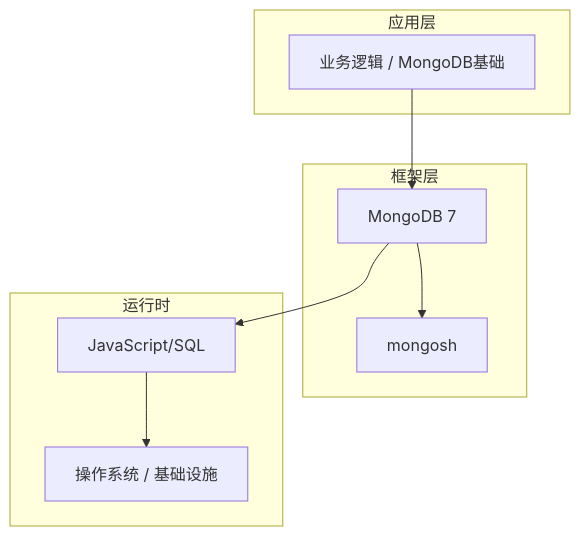
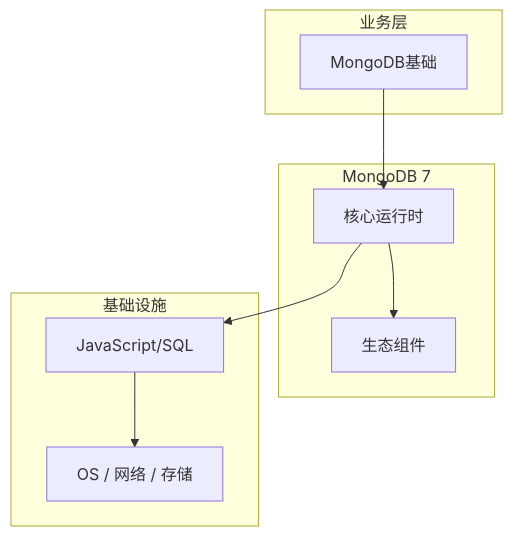
The diagram in articles/MongoDB/chapters/001-MongoDB基础核心概念与原理.md (yanggan2015/knowledge-json-v2), drawn with Mermaid before and after one commit. The commit also changed other lines of this file and 10127 other files, not shown here.

````diff
--- a/articles/MongoDB/chapters/001-MongoDB基础核心概念与原理.md
+++ b/articles/MongoDB/chapters/001-MongoDB基础核心概念与原理.md
@@ -45,18 +34,18 @@
 ```mermaid
 graph TB
-    subgraph 应用层
-        A[业务逻辑 / MongoDB基础]
+    subgraph 业务层
+        A[MongoDB基础]
     end
-    subgraph 框架层
-        B[MongoDB 7]
-        C[mongosh]
+    subgraph MongoDB 7
+        B[核心运行时]
+        C[生态组件]
     end
-    subgraph 运行时
+    subgraph 基础设施
         D[JavaScript/SQL]
-        E[操作系统 / 基础设施]
+        E[OS / 网络 / 存储]
     end
     A --> B
     B --> C
     B --> D
     D --> E
 ```
````
